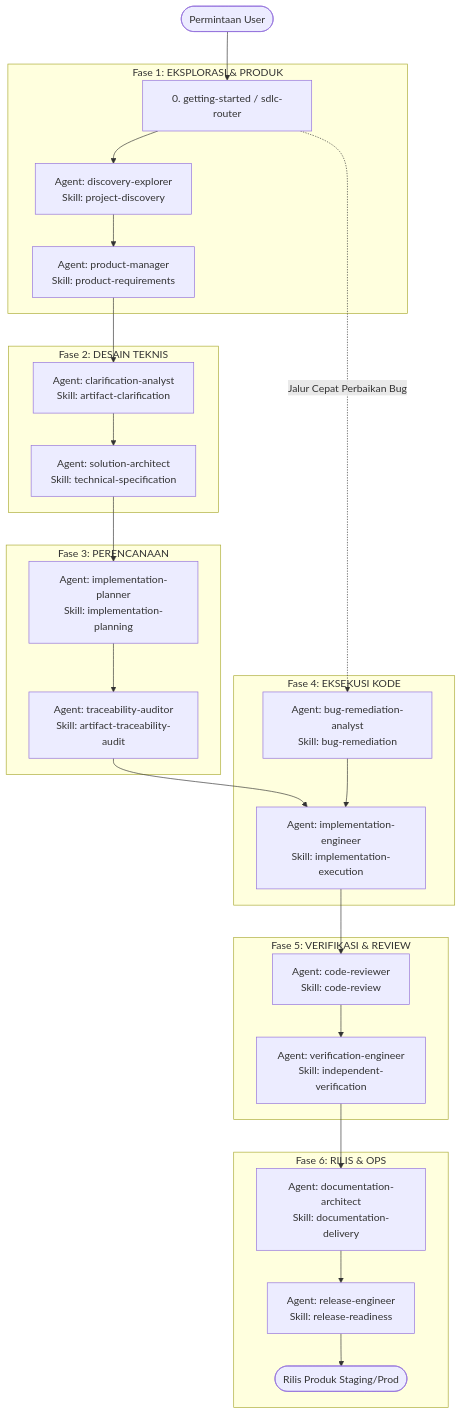
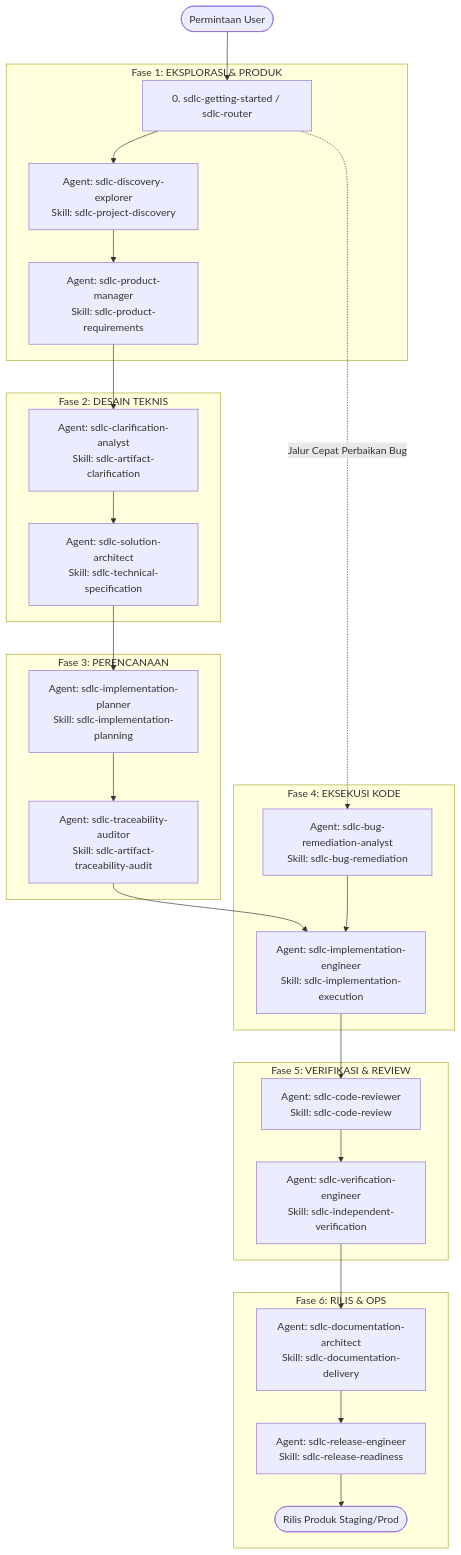
The diagram in README.id.md (coderbuzz/agent-toolkit), drawn with Mermaid before and after one commit. The commit also changed other lines of this file and 775 other files, not shown here.

````diff
--- a/README.id.md
+++ b/README.id.md
@@ -57,36 +78,36 @@
 ```mermaid
 flowchart TD
-    Start([Permintaan User]) --> Router["0. getting-started / sdlc-router"]
+    Start([Permintaan User]) --> Router["0. sdlc-getting-started / sdlc-router"]
     
     subgraph Fase 1: EKSPLORASI & PRODUK
-        Router --> Explorer["Agent: discovery-explorer\nSkill: project-discovery"]
-        Explorer --> PM["Agent: product-manager\nSkill: product-requirements"]
+        Router --> Explorer["Agent: sdlc-discovery-explorer\nSkill: sdlc-project-discovery"]
+        Explorer --> PM["Agent: sdlc-product-manager\nSkill: sdlc-product-requirements"]
     end
     
     subgraph Fase 2: DESAIN TEKNIS
-        PM --> Clarify["Agent: clarification-analyst\nSkill: artifact-clarification"]
-        Clarify --> Architect["Agent: solution-architect\nSkill: technical-specification"]
+        PM --> Clarify["Agent: sdlc-clarification-analyst\nSkill: sdlc-artifact-clarification"]
+        Clarify --> Architect["Agent: sdlc-solution-architect\nSkill: sdlc-technical-specification"]
     end
     
     subgraph Fase 3: PERENCANAAN
-        Architect --> Planner["Agent: implementation-planner\nSkill: implementation-planning"]
-        Planner --> Auditor["Agent: traceability-auditor\nSkill: artifact-traceability-audit"]
+        Architect --> Planner["Agent: sdlc-implementation-planner\nSkill: sdlc-implementation-planning"]
+        Planner --> Auditor["Agent: sdlc-traceability-auditor\nSkill: sdlc-artifact-traceability-audit"]
     end
     
     subgraph Fase 4: EKSEKUSI KODE
-        Auditor --> Engineer["Agent: implementation-engineer\nSkill: implementation-execution"]
-        Router -. Jalur Cepat Perbaikan Bug .-> BugAnalyst["Agent: bug-remediation-analyst\nSkill: bug-remediation"]
+        Auditor --> Engineer["Agent: sdlc-implementation-engineer\nSkill: sdlc-implementation-execution"]
+        Router -. Jalur Cepat Perbaikan Bug .-> BugAnalyst["Agent: sdlc-bug-remediation-analyst\nSkill: sdlc-bug-remediation"]
         BugAnalyst --> Engineer
     end
     
     subgraph Fase 5: VERIFIKASI & REVIEW
-        Engineer --> Reviewer["Agent: code-reviewer\nSkill: code-review"]
-        Reviewer --> Verifier["Agent: verification-engineer\nSkill: independent-verification"]
+        Engineer --> Reviewer["Agent: sdlc-code-reviewer\nSkill: sdlc-code-review"]
+        Reviewer --> Verifier["Agent: sdlc-verification-engineer\nSkill: sdlc-independent-verification"]
     end
     
     subgraph Fase 6: RILIS & OPS
-        Verifier --> DocArch["Agent: documentation-architect\nSkill: documentation-delivery"]
-        DocArch --> ReleaseEng["Agent: release-engineer\nSkill: release-readiness"]
+        Verifier --> DocArch["Agent: sdlc-documentation-architect\nSkill: sdlc-documentation-delivery"]
+        DocArch --> ReleaseEng["Agent: sdlc-release-engineer\nSkill: sdlc-release-readiness"]
         ReleaseEng --> Done([Rilis Produk Staging/Prod])
     end
 ```
````
